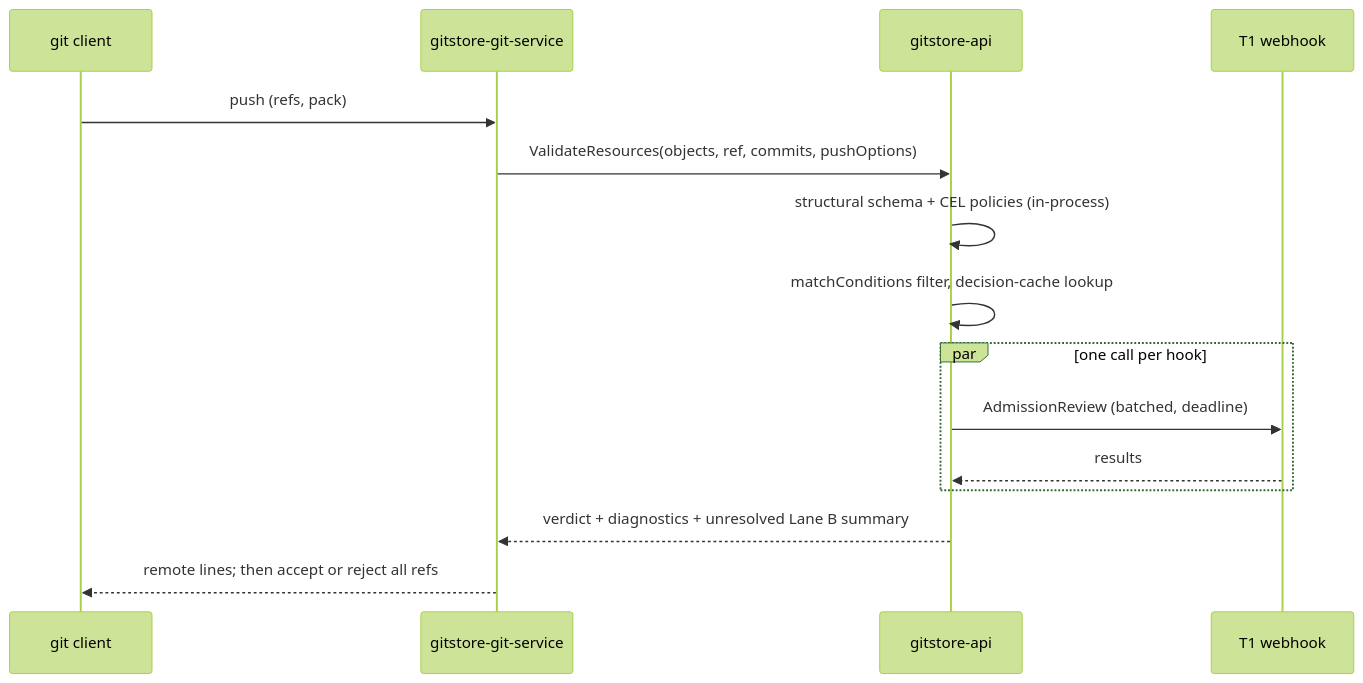
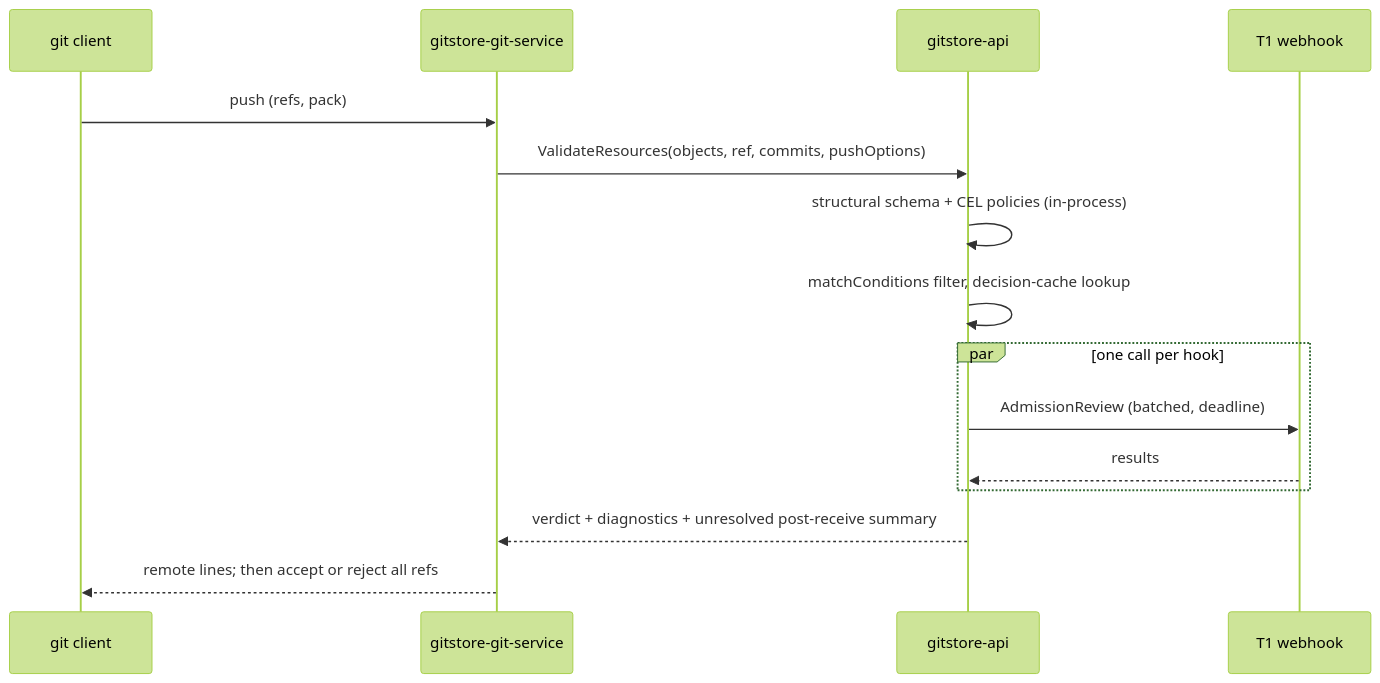
One commit to gitstore-dev/GitStore changed the diagram in docs/implementation/039-resource-lifecycle-hooks.md. Above: the diagram before and after it, drawn with Mermaid (forest theme). The commit also changed other lines of this file and 7 other files, not shown here.

First line of the commit message:
docs(architecture): define app capabilities and installation contracts (#507)

````diff
--- a/docs/implementation/039-resource-lifecycle-hooks.md
+++ b/docs/implementation/039-resource-lifecycle-hooks.md
@@ -297,17 +332,17 @@
 ```mermaid
 sequenceDiagram
   participant C as git client
   participant G as gitstore-git-service
   participant A as gitstore-api
   participant H as T1 webhook
   C->>G: push (refs, pack)
   G->>A: ValidateResources(objects, ref, commits, pushOptions)
   A->>A: structural schema + CEL policies (in-process)
   A->>A: matchConditions filter, decision-cache lookup
   par one call per hook
     A->>H: AdmissionReview (batched, deadline)
     H-->>A: results
   end
-  A-->>G: verdict + diagnostics + unresolved Lane B summary
+  A-->>G: verdict + diagnostics + unresolved post-receive summary
   G-->>C: remote lines#59; then accept or reject all refs
 ```
````
